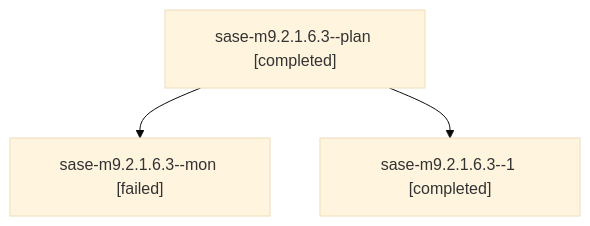
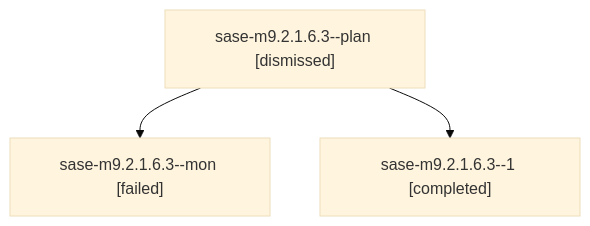
Before and after one commit to sase-org/sase--agents: the diagram in families/bbugyi200.athena.sase-m9.2.1.6.3.md, drawn with Mermaid (base theme). The commit also changed other lines of this file and 216 other files, not shown here.

````diff
--- a/families/bbugyi200.athena.sase-m9.2.1.6.3.md
+++ b/families/bbugyi200.athena.sase-m9.2.1.6.3.md
@@ -9,8 +9,8 @@
 ```mermaid
 flowchart TD
-  n0["sase-m9.2.1.6.3--plan [completed]"]
+  n0["sase-m9.2.1.6.3--plan [dismissed]"]
   n1["sase-m9.2.1.6.3--mon [failed]"]
   n0 --> n1
   n2["sase-m9.2.1.6.3--1 [completed]"]
   n0 --> n2
 ```
````
